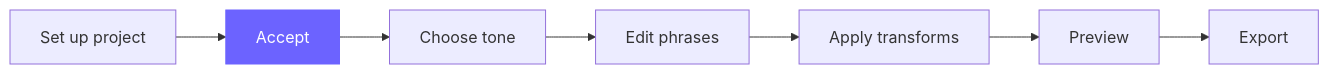
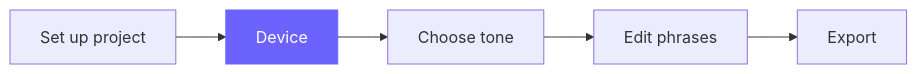
The second of 5 diagrams in docs/guide/_journey-map.md (liquid-releasing/funscriptforge), drawn with Mermaid before and after one commit. The commit also changed other lines of this file and 3 other files, not shown here.

First line of the commit message:
docs: update user guide, architecture, journey map, backlog

````diff
--- a/docs/guide/_journey-map.md
+++ b/docs/guide/_journey-map.md
@@ -33,10 +30,8 @@
 ```mermaid
 flowchart LR
-    A[Set up project] --> B[Accept]:::here
+    A[Set up project] --> B[Device]:::here
     B --> C[Choose tone]
     C --> D[Edit phrases]
-    D --> E[Apply transforms]
-    E --> F[Preview]
-    F --> G[Export]
+    D --> E[Export]
     classDef here fill:#6c63ff,color:#fff,stroke:#6c63ff
 ```
````
